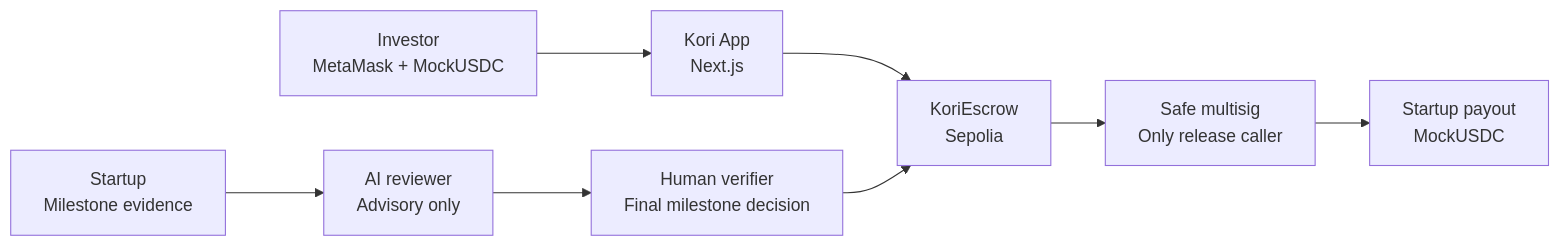
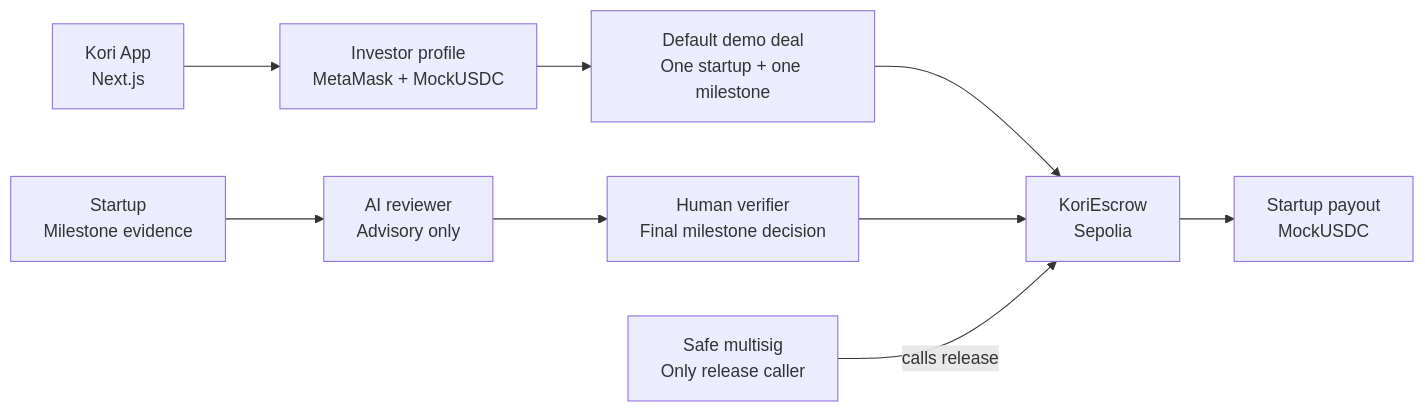
Before and after one commit to KoriVenture/kori-mvp: the diagram in README.md, drawn with Mermaid. The commit also changed 2 other files, not shown here.

Commit message:
Document simplified buildathon architecture

````diff
--- a/README.md
+++ b/README.md
@@ -43,10 +43,11 @@
 ```mermaid
 flowchart LR
-  Investor["Investor\nMetaMask + MockUSDC"] --> App["Kori App\nNext.js"]
-  App --> Escrow["KoriEscrow\nSepolia"]
+  App["Kori App\nNext.js"] --> Investor["Investor profile\nMetaMask + MockUSDC"]
+  Investor --> Deal["Default demo deal\nOne startup + one milestone"]
+  Deal --> Escrow["KoriEscrow\nSepolia"]
   Startup["Startup\nMilestone evidence"] --> AI["AI reviewer\nAdvisory only"]
   AI --> Verifier["Human verifier\nFinal milestone decision"]
   Verifier --> Escrow
-  Escrow --> Safe["Safe multisig\nOnly release caller"]
-  Safe --> Payout["Startup payout\nMockUSDC"]
+  Safe["Safe multisig\nOnly release caller"] -->|calls release| Escrow
+  Escrow --> Payout["Startup payout\nMockUSDC"]
 ```
````
